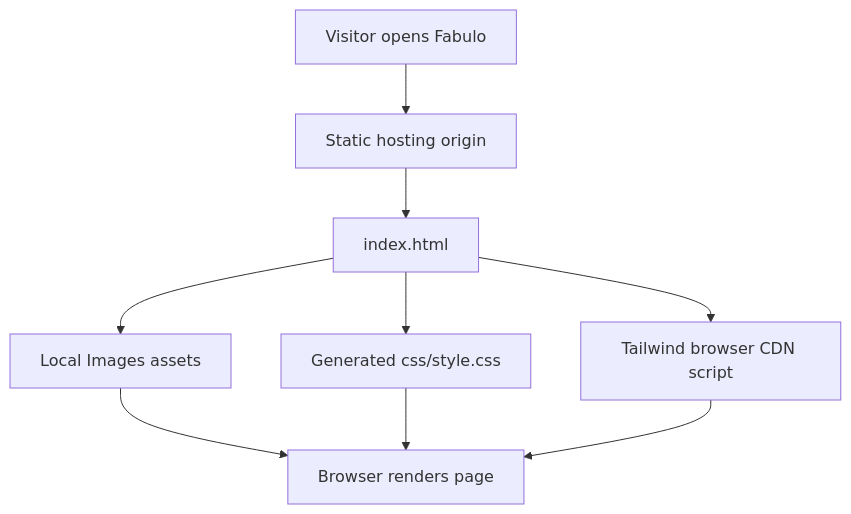
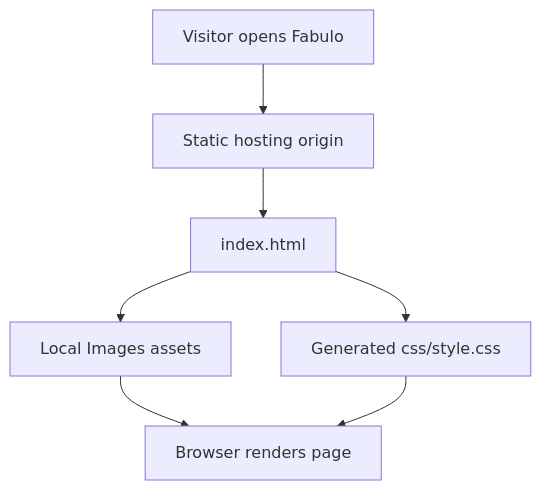
One commit to Brajesh31/Branding-Website changed the first of 2 diagrams in README.md. Above: the diagram before and after it, drawn with Mermaid. The commit also changed other lines of this file, not shown here.

Commit message:
Expand README with accurate project architecture and quality checks

```diff
--- a/README.md
+++ b/README.md
@@ -144,11 +147,9 @@
 ~~~mermaid
 flowchart TD
     A[Visitor opens Fabulo] --> B[Static hosting origin]
     B --> C[index.html]
     C --> D[Local Images assets]
     C --> E[Generated css/style.css]
-    C --> F[Tailwind browser CDN script]
-    D --> G[Browser renders page]
-    E --> G
-    F --> G
+    D --> F[Browser renders page]
+    E --> F
 ~~~
```
